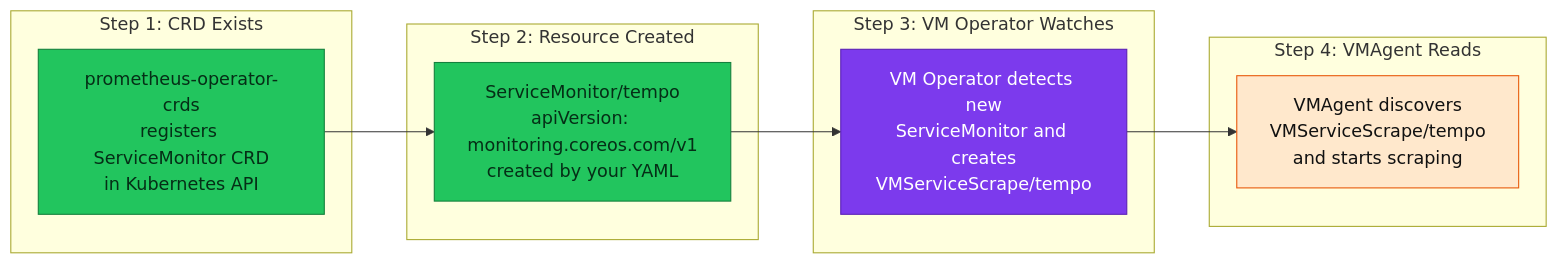
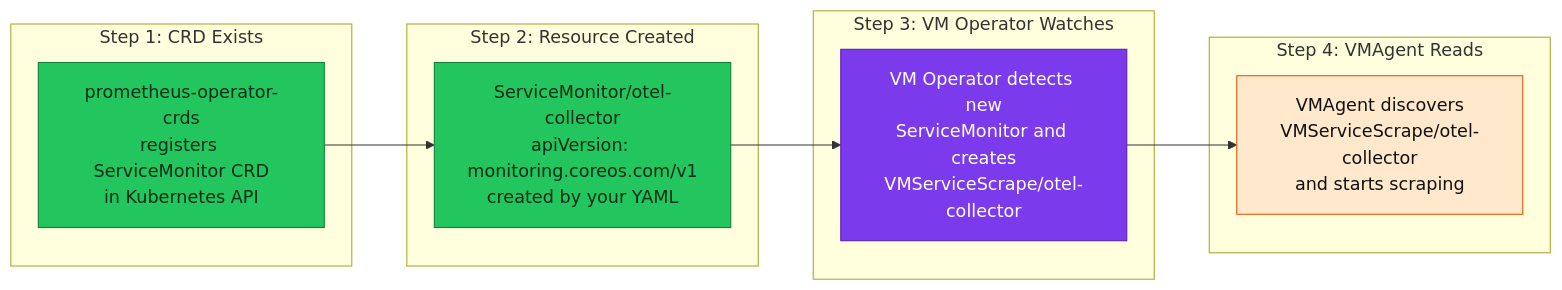
Before and after one commit to duynhlab/homelab: the second of 6 diagrams in docs/observability/metrics/victoriametrics.md, drawn with Mermaid. The commit also changed other lines of this file and 57 other files, not shown here.

````diff
--- a/docs/observability/metrics/victoriametrics.md
+++ b/docs/observability/metrics/victoriametrics.md
@@ -205,35 +205,35 @@
 ```mermaid
 flowchart LR
     subgraph step1 ["Step 1: CRD Exists"]
         CRD["prometheus-operator-crds<br/>registers ServiceMonitor CRD<br/>in Kubernetes API"]
     end
 
     subgraph step2 ["Step 2: Resource Created"]
-        SM["ServiceMonitor/tempo<br/>apiVersion: monitoring.coreos.com/v1<br/>created by your YAML"]
+        SM["ServiceMonitor/otel-collector<br/>apiVersion: monitoring.coreos.com/v1<br/>created by your YAML"]
     end
 
     subgraph step3 ["Step 3: VM Operator Watches"]
-        VMOp["VM Operator detects new<br/>ServiceMonitor and creates<br/>VMServiceScrape/tempo"]
+        VMOp["VM Operator detects new<br/>ServiceMonitor and creates<br/>VMServiceScrape/otel-collector"]
     end
 
     subgraph step4 ["Step 4: VMAgent Reads"]
-        VMAgent["VMAgent discovers<br/>VMServiceScrape/tempo<br/>and starts scraping"]
+        VMAgent["VMAgent discovers<br/>VMServiceScrape/otel-collector<br/>and starts scraping"]
     end
 
     CRD --> SM
     SM --> VMOp
     VMOp --> VMAgent
 
     classDef service fill:#06b6d4,color:#082f49,stroke:#0e7490;
     classDef edge fill:#2563eb,color:#fff,stroke:#1e3a8a;
     classDef platform fill:#7c3aed,color:#fff,stroke:#5b21b6;
     classDef external fill:#64748b,color:#fff,stroke:#334155;
     classDef data fill:#22c55e,color:#052e16,stroke:#15803d;
     classDef metric fill:#ffe8cc,color:#111,stroke:#e8590c;
     classDef log fill:#d3f9d8,color:#111,stroke:#2f9e44;
     classDef trace fill:#c5f6fa,color:#111,stroke:#0c8599;
     classDef collector fill:#a5d8ff,color:#111,stroke:#1971c2;
     class CRD,SM data;
     class VMOp platform;
     class VMAgent metric;
 ```
````
